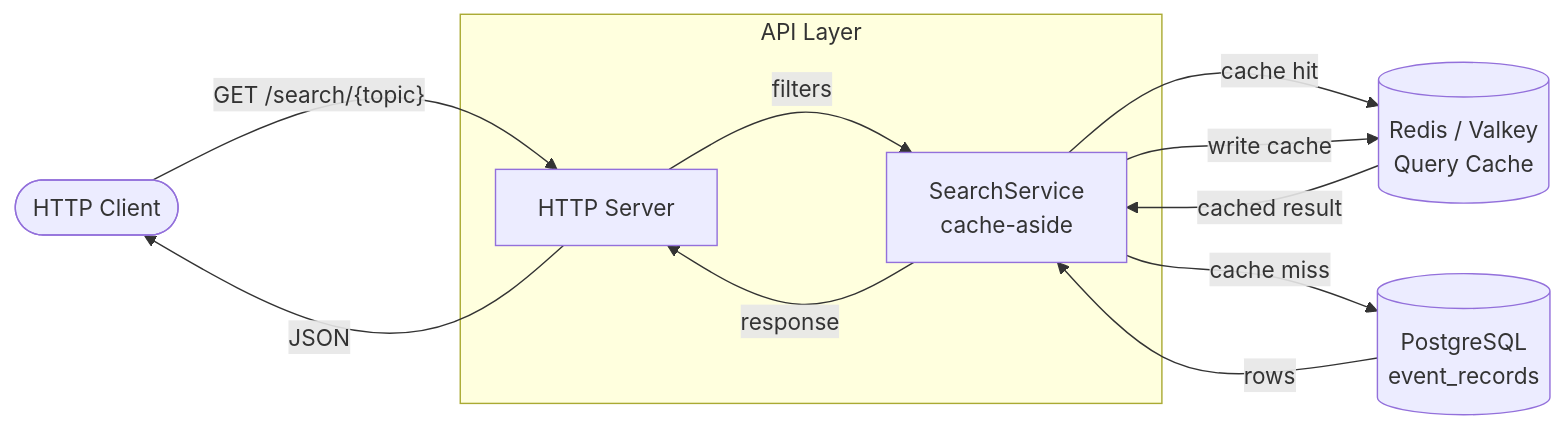
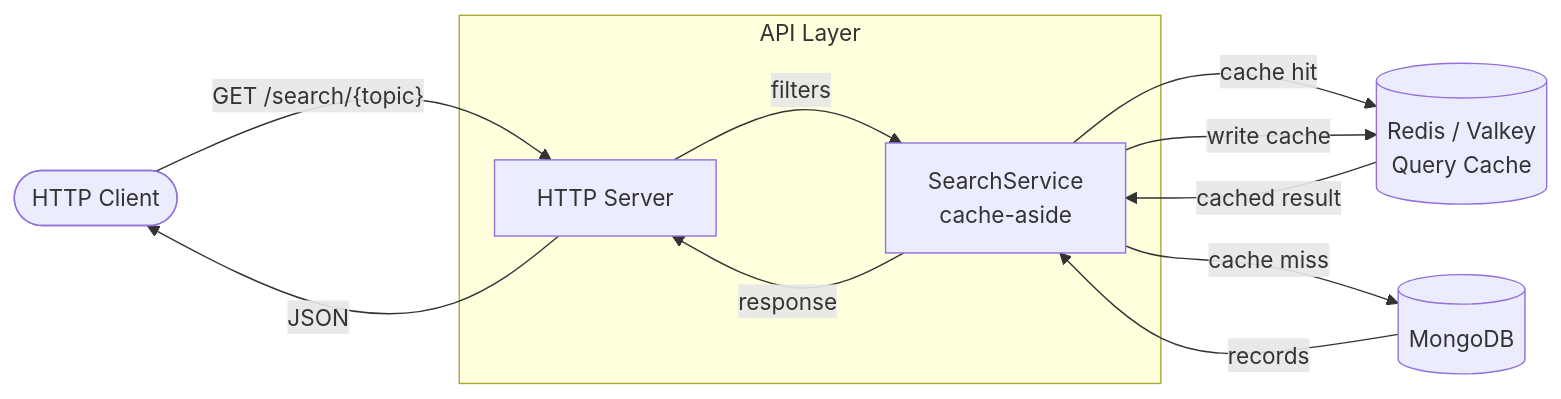
One commit to HoseokWon99/eth-indexer changed the second of 4 diagrams in README.md. Above: the diagram before and after it, drawn with Mermaid. The commit also changed other lines of this file, not shown here.

````diff
--- a/README.md
+++ b/README.md
@@ -254,22 +247,22 @@
 ```mermaid
 flowchart LR
     CLIENT(["HTTP Client"])
 
     subgraph API["API Layer"]
         SRV["HTTP Server"]
         SS["SearchService\ncache-aside"]
     end
 
     RD[("Redis / Valkey\nQuery Cache")]
-    PG[("PostgreSQL\nevent_records")]
+    DB[("MongoDB")]
 
     CLIENT -- "GET /search/{topic}" --> SRV
     SRV -- "filters" --> SS
     SS -- "cache hit" --> RD
     RD -- "cached result" --> SS
-    SS -- "cache miss" --> PG
-    PG -- "rows" --> SS
+    SS -- "cache miss" --> DB
+    DB -- "records" --> SS
     SS -- "write cache" --> RD
     SS -- "response" --> SRV
     SRV -- "JSON" --> CLIENT
 ```
````
